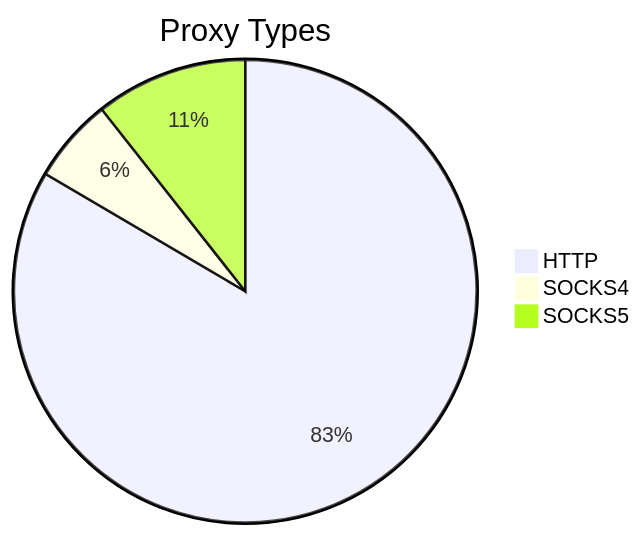
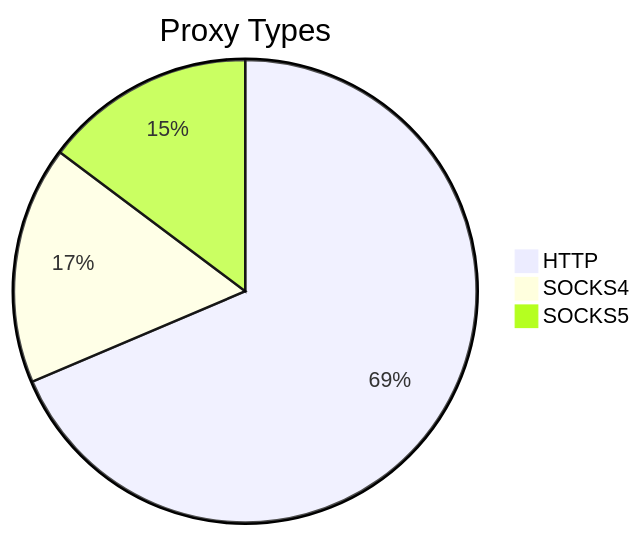
Before and after one commit to stormsia/proxy-list: the first of 2 diagrams in README.md, drawn with Mermaid. The commit also changed other lines of this file, not shown here.

````diff
--- a/README.md
+++ b/README.md
@@ -21,6 +21,6 @@
 ```mermaid
 pie title Proxy Types
-    "HTTP" : 479
-    "SOCKS4" : 34
-    "SOCKS5" : 61
+    "HTTP" : 400
+    "SOCKS4" : 97
+    "SOCKS5" : 86
 ```
````
